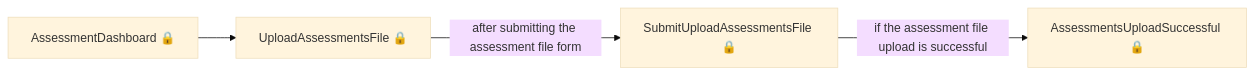
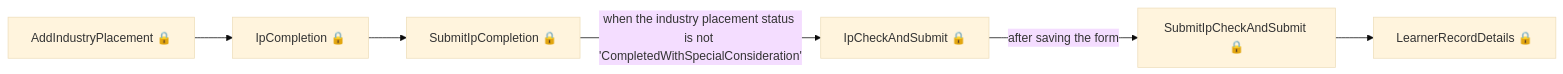
Before and after one commit to talentconsulting/atlas-dfe: the sixth of 7 diagrams in tl-results-and-certification/user-journeys/user-journeys.md, drawn with Mermaid (base theme). The commit also changed other lines of this file and 36 other files, not shown here.

````diff
--- a/tl-results-and-certification/user-journeys/user-journeys.md
+++ b/tl-results-and-certification/user-journeys/user-journeys.md
@@ -34,6 +84,8 @@
 ```mermaid
 flowchart LR
-  p0["AssessmentDashboard 🔒"] --> p1["UploadAssessmentsFile 🔒"]
-  p1["UploadAssessmentsFile 🔒"] -->|"after submitting the assessment file form"| p2["SubmitUploadAssessmentsFile 🔒"]
-  p2["SubmitUploadAssessmentsFile 🔒"] -->|"if the assessment file upload is successful"| p3["AssessmentsUploadSuccessful 🔒"]
+  p0["AddIndustryPlacement 🔒"] --> p1["IpCompletion 🔒"]
+  p1["IpCompletion 🔒"] --> p2["SubmitIpCompletion 🔒"]
+  p2["SubmitIpCompletion 🔒"] -->|"when the industry placement status is not 'CompletedWithSpecialConsideration'"| p3["IpCheckAndSubmit 🔒"]
+  p3["IpCheckAndSubmit 🔒"] -->|"after saving the form"| p4["SubmitIpCheckAndSubmit 🔒"]
+  p4["SubmitIpCheckAndSubmit 🔒"] --> p5["LearnerRecordDetails 🔒"]
 ```
````
